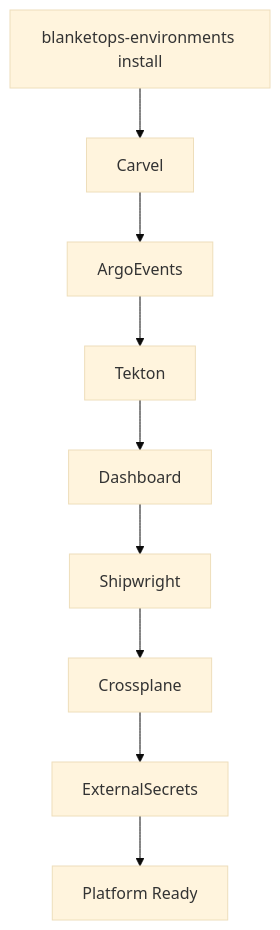
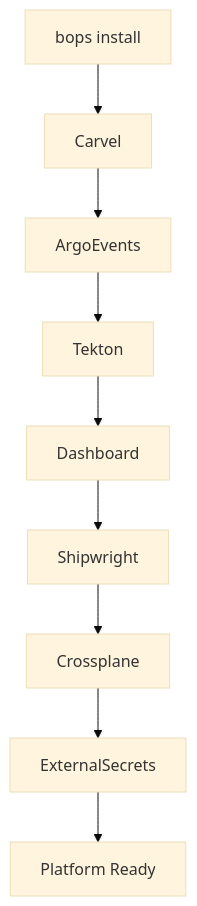
The second of 2 diagrams in README.md (blanketops/environments-cli), drawn with Mermaid (base theme) before and after one commit. The commit also changed other lines of this file and 1 other file, not shown here.

First line of the commit message:
docs: refresh README, add provenance/signing section, rename to bops

````diff
--- a/README.md
+++ b/README.md
@@ -305,12 +136,11 @@
 ```mermaid
 flowchart TD
-    Start[blanketops-environments install]
-    Start --> Carvel
+    Start[bops install] --> Carvel
     Carvel --> ArgoEvents
     ArgoEvents --> Tekton
     Tekton --> Dashboard
     Dashboard --> Shipwright
     Shipwright --> Crossplane
     Crossplane --> ExternalSecrets
     ExternalSecrets --> Done[Platform Ready]
 ```
````
